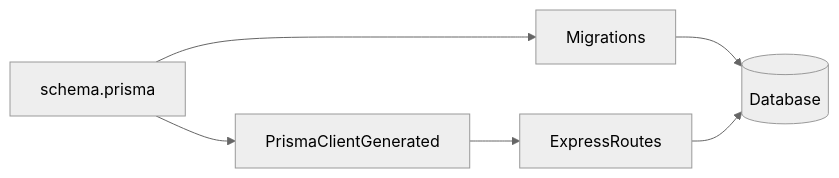
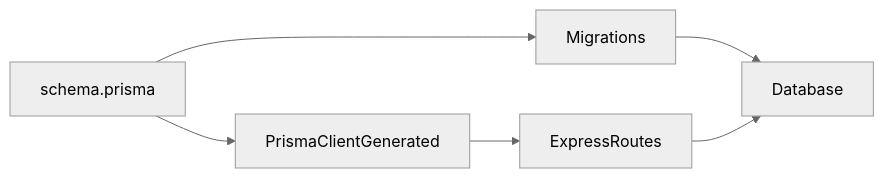
The diagram in level-02-database-integration/lesson-01-prisma-setup.md (N-Dave-08/fs-course-backend), drawn with Mermaid (neutral theme) before and after one commit. The commit also changed 18 other files, not shown here.

````diff
--- a/level-02-database-integration/lesson-01-prisma-setup.md
+++ b/level-02-database-integration/lesson-01-prisma-setup.md
@@ -33,8 +33,8 @@
 ```mermaid
 flowchart LR
   schema[schema.prisma] --> migrate[Migrations]
-  migrate --> db[(Database)]
+  migrate --> db[Database]
   schema --> client[PrismaClientGenerated]
   client --> app[ExpressRoutes]
   app --> db
 ```
````
